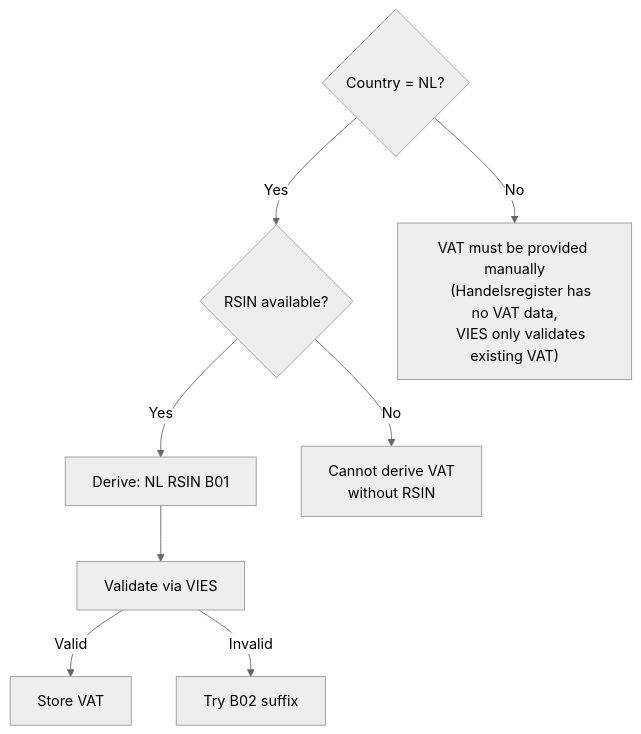
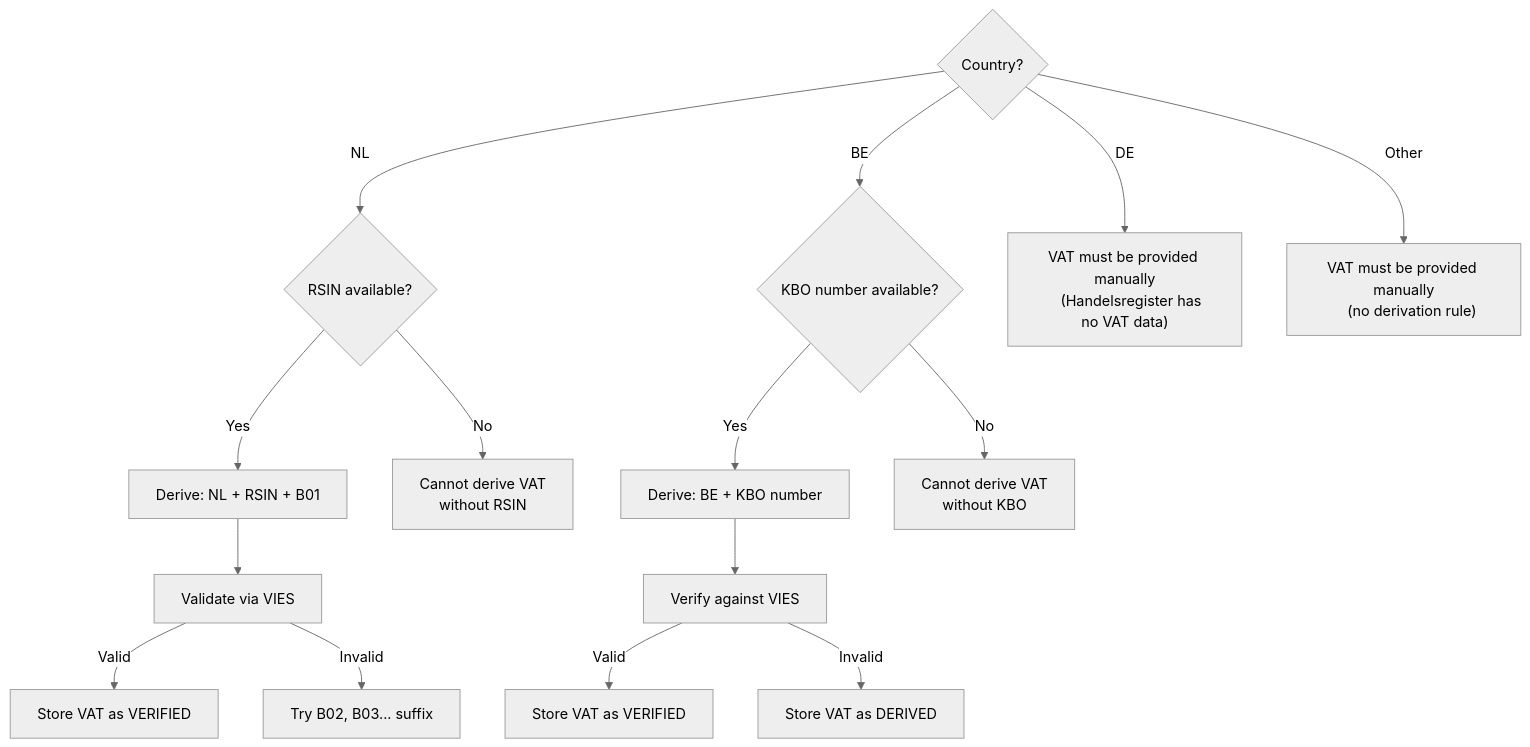
Before and after one commit to DeNoronha/ctn-asr-demo: the seventh of 8 diagrams in docs/ENRICHMENT_ARCHITECTURE.md, drawn with Mermaid (neutral theme). The commit also changed other lines of this file, not shown here.

First line of the commit message:
docs: add Peppol enrichment flow and fix VAT derivation for Belgium

````diff
--- a/docs/ENRICHMENT_ARCHITECTURE.md
+++ b/docs/ENRICHMENT_ARCHITECTURE.md
@@ -563,14 +634,24 @@
 ```mermaid
 flowchart TD
-    Q1{Country = NL?}
-    Q1 -->|Yes| Q2{RSIN available?}
-    Q1 -->|No| MANUAL["VAT must be provided manually
-    (Handelsregister has no VAT data,
-    VIES only validates existing VAT)"]
-    Q2 -->|Yes| DERIVE["Derive: NL RSIN B01"]
+    Q1{Country?}
+    Q1 -->|NL| Q2{RSIN available?}
+    Q1 -->|BE| Q3{KBO number available?}
+    Q1 -->|DE| MANUAL_DE["VAT must be provided manually
+    (Handelsregister has no VAT data)"]
+    Q1 -->|Other| MANUAL_OTHER["VAT must be provided manually
+    (no derivation rule)"]
+
+    Q2 -->|Yes| DERIVE_NL["Derive: NL + RSIN + B01"]
     Q2 -->|No| NO_RSIN["Cannot derive VAT
     without RSIN"]
-    DERIVE --> VALIDATE[Validate via VIES]
-    VALIDATE --> |Valid| STORE[Store VAT]
-    VALIDATE --> |Invalid| TRY_B02["Try B02 suffix"]
+    DERIVE_NL --> VALIDATE_NL[Validate via VIES]
+    VALIDATE_NL -->|Valid| STORE_NL[Store VAT as VERIFIED]
+    VALIDATE_NL -->|Invalid| TRY_B02["Try B02, B03... suffix"]
+
+    Q3 -->|Yes| DERIVE_BE["Derive: BE + KBO number"]
+    Q3 -->|No| NO_KBO["Cannot derive VAT
+    without KBO"]
+    DERIVE_BE --> VALIDATE_BE[Verify against VIES]
+    VALIDATE_BE -->|Valid| STORE_BE_V[Store VAT as VERIFIED]
+    VALIDATE_BE -->|Invalid| STORE_BE_D[Store VAT as DERIVED]
 ```
````
